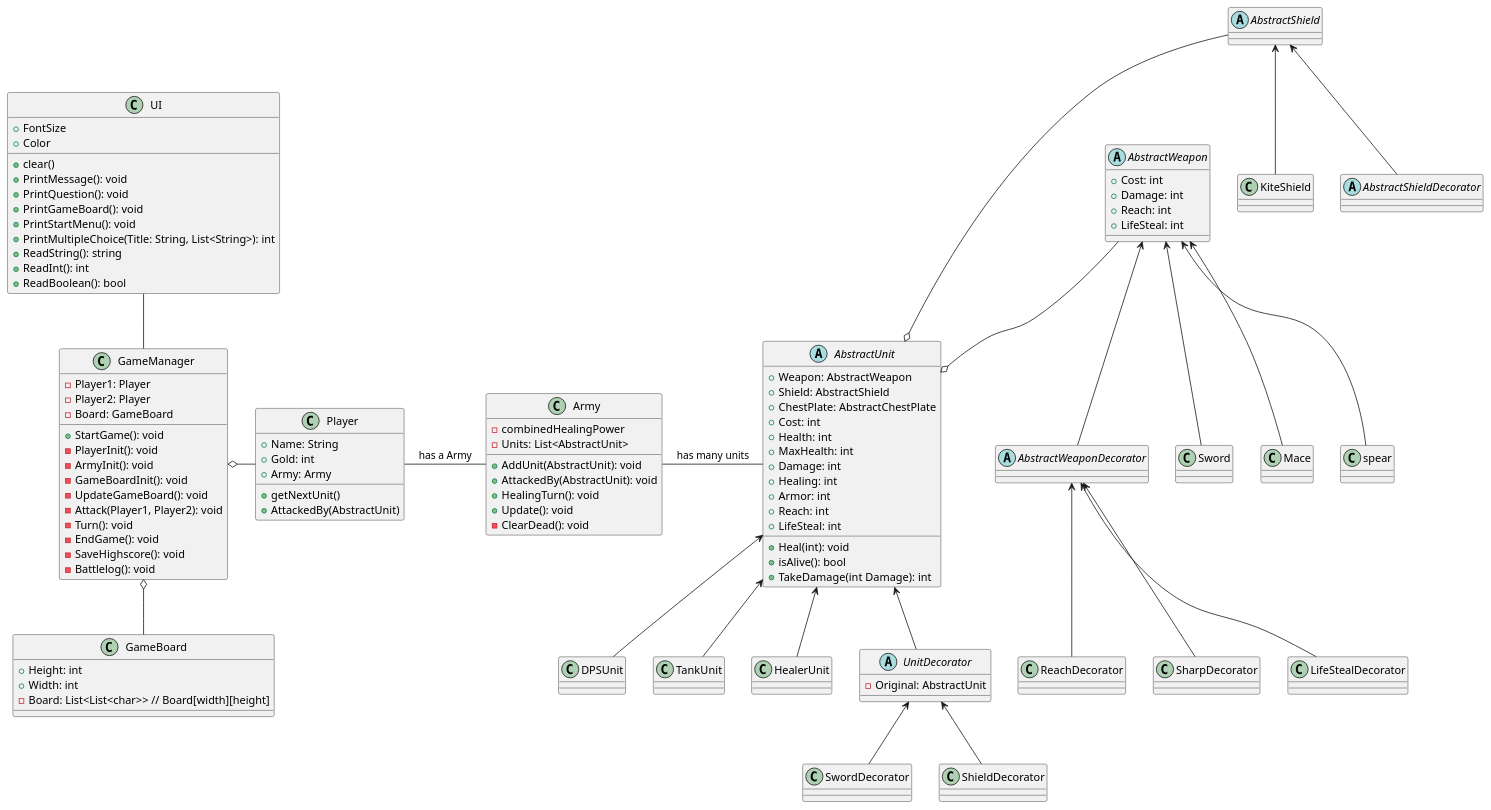
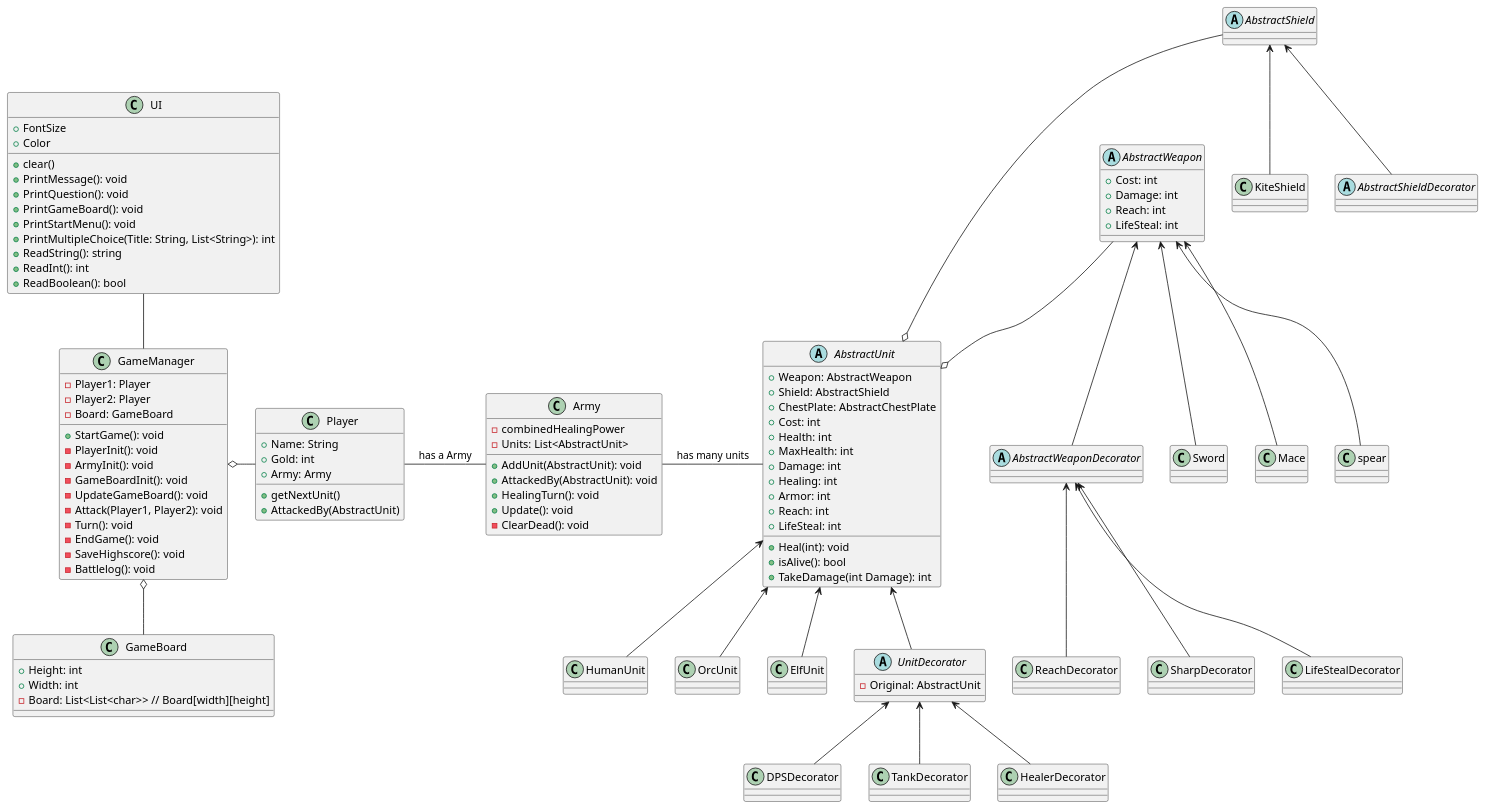
The diagram in SoftwareDesignEksamen/Eksamen.puml (Fargekritt/SoftwareDesignEksamen), drawn with PlantUML before and after one commit.

Commit message:
Updated UML diagram

```diff
--- a/SoftwareDesignEksamen/Eksamen.puml
+++ b/SoftwareDesignEksamen/Eksamen.puml
@@ -1,129 +1,133 @@
 @startuml
 'https://plantuml.com/class-diagram
 class UI{
 + FontSize
 + Color
 + clear()
 + PrintMessage(): void
 + PrintQuestion(): void
 + PrintGameBoard(): void
 + PrintStartMenu(): void
 + PrintMultipleChoice(Title: String, List<String>): int
 + ReadString(): string
 + ReadInt(): int
 + ReadBoolean(): bool
 }
 class GameManager{
 - Player1: Player
 - Player2: Player
 - Board: GameBoard 
 + StartGame(): void
 - PlayerInit(): void
 - ArmyInit(): void
 - GameBoardInit(): void
 - UpdateGameBoard(): void
 - Attack(Player1, Player2): void
 - Turn(): void
 - EndGame(): void
 - SaveHighscore(): void
 - Battlelog(): void
 }
 class GameBoard{
 + Height: int
 + Width: int
 - Board: List<List<char>> // Board[width][height]
 }
 
 
 class Army {
 - combinedHealingPower
 - Units: List<AbstractUnit>
 + AddUnit(AbstractUnit): void
 + AttackedBy(AbstractUnit): void
 + HealingTurn(): void
 + Update(): void
 - ClearDead(): void
 }
 class Player{
 + Name: String
 + Gold: int
 + Army: Army
 + getNextUnit()
 + AttackedBy(AbstractUnit)
 }
 
 abstract class AbstractUnit{
 + Weapon: AbstractWeapon
 + Shield: AbstractShield
 + ChestPlate: AbstractChestPlate
 + Cost: int
 + Health: int
 + MaxHealth: int
 + Damage: int
 + Healing: int
 + Armor: int
 + Reach: int
 + Heal(int): void
 + LifeSteal: int
 + isAlive(): bool
 + TakeDamage(int Damage): int
 }
-class DPSUnit
-class TankUnit
-class HealerUnit
+class HumanUnit
+class OrcUnit
+class ElfUnit
 abstract class UnitDecorator{
 - Original: AbstractUnit
 }
-class SwordDecorator
-class ShieldDecorator
+class DPSDecorator
+class TankDecorator
+class HealerDecorator
 
 abstract class AbstractWeapon{
 + Cost: int
 + Damage: int
 + Reach: int
 + LifeSteal: int
 }
 
 abstract class AbstractWeaponDecorator
 class ReachDecorator
 class SharpDecorator
 class LifeStealDecorator
 
 abstract class AbstractShield
 class KiteShield
 
 abstract class AbstractShieldDecorator
 
 class Sword
 class Mace
 class spear
 
 AbstractShield <-- AbstractShieldDecorator
 AbstractShield <-- KiteShield
 
 AbstractWeapon <-- AbstractWeaponDecorator
 AbstractWeapon <-- Sword
 AbstractWeapon <-- Mace
 AbstractWeapon <-- spear
 
 AbstractWeaponDecorator <-- ReachDecorator
 AbstractWeaponDecorator <-- SharpDecorator
 AbstractWeaponDecorator <-- LifeStealDecorator
 
 UI -- GameManager
 GameManager o- Player
 GameManager o-- GameBoard
 Player - Army : has a Army
 Army - AbstractUnit : has many units
 AbstractWeapon --o AbstractUnit
 AbstractShield ---o AbstractUnit
-AbstractUnit <-- DPSUnit
-AbstractUnit <-- TankUnit
-AbstractUnit <-- HealerUnit
+AbstractUnit <-- HumanUnit
+AbstractUnit <-- OrcUnit
+AbstractUnit <-- ElfUnit
 AbstractUnit <-- UnitDecorator
-UnitDecorator <-- ShieldDecorator
-UnitDecorator <-- SwordDecorator
+UnitDecorator <-- TankDecorator
+UnitDecorator <-- DPSDecorator
+UnitDecorator <-- HealerDecorator
+
+
 
 
 
 @enduml
```
